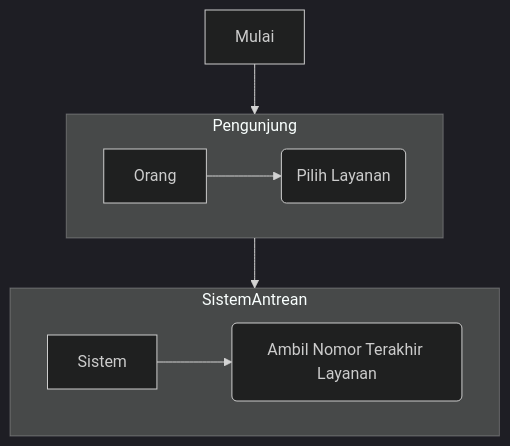
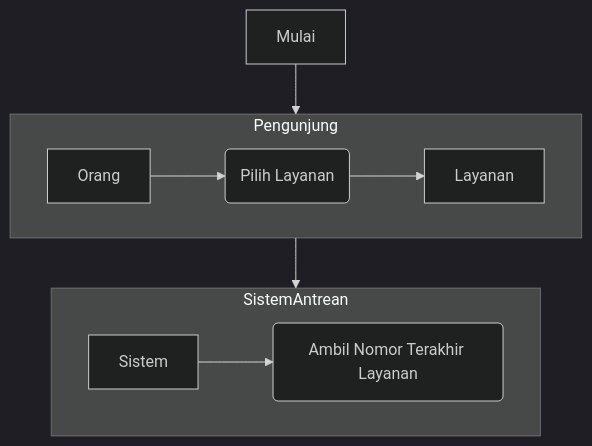
One commit to rezekikode/diagram changed the diagram in flowchart_antrean.mmd. Above: the diagram before and after it, drawn with Mermaid (dark theme).

```diff
--- a/flowchart_antrean.mmd
+++ b/flowchart_antrean.mmd
@@ -1,9 +1,9 @@
 flowchart TB
   Mulai-->Pengunjung
   Pengunjung-->SistemAntrean
   subgraph Pengunjung
-    Orang-->p1("`Pilih Layanan`")
+    Orang-->p1("`Pilih Layanan`")-->Layanan
   end  
   subgraph SistemAntrean
     Sistem-->s1("`Ambil Nomor Terakhir Layanan`")
   end
```
